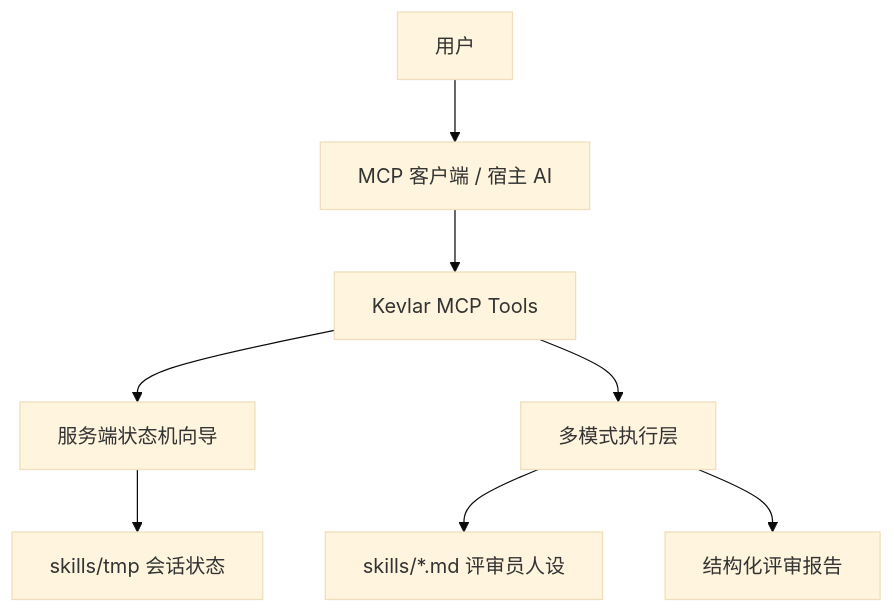
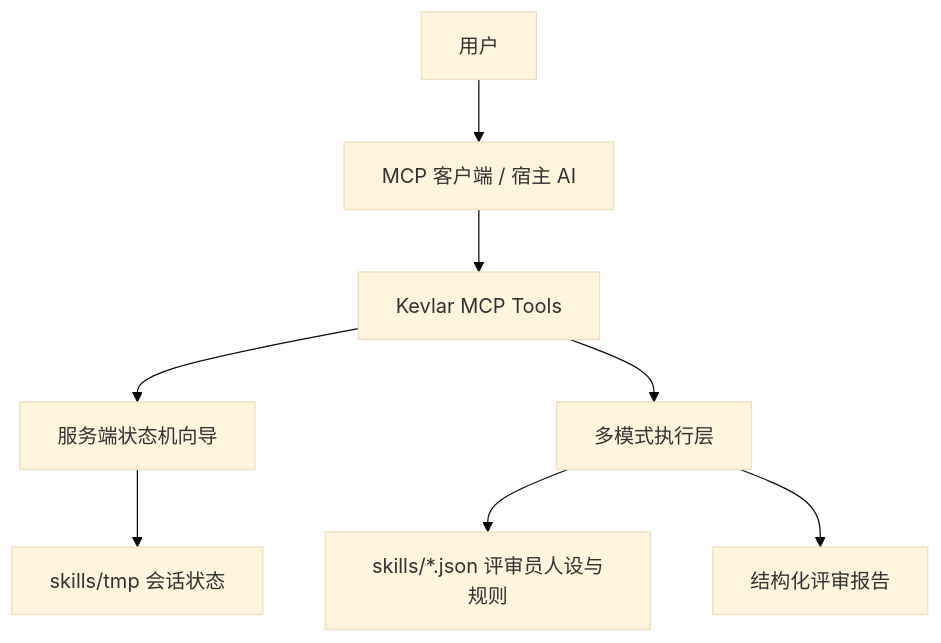
One commit to ChurzeXo/kevlar-4u changed the third of 3 diagrams in README.zh.md. Above: the diagram before and after it, drawn with Mermaid (base theme). The commit also changed other lines of this file and 3 other files, not shown here.

````diff
--- a/README.zh.md
+++ b/README.zh.md
@@ -233,10 +233,10 @@
 ```mermaid
 flowchart TD
   User["用户"] --> Client["MCP 客户端 / 宿主 AI"]
   Client --> Tools["Kevlar MCP Tools"]
   Tools --> Wizards["服务端状态机向导"]
   Tools --> Execution["多模式执行层"]
   Wizards --> Tmp["skills/tmp 会话状态"]
-  Execution --> Personas["skills/*.md 评审员人设"]
+  Execution --> Personas["skills/*.json 评审员人设与规则"]
   Execution --> Report["结构化评审报告"]
 ```
````
